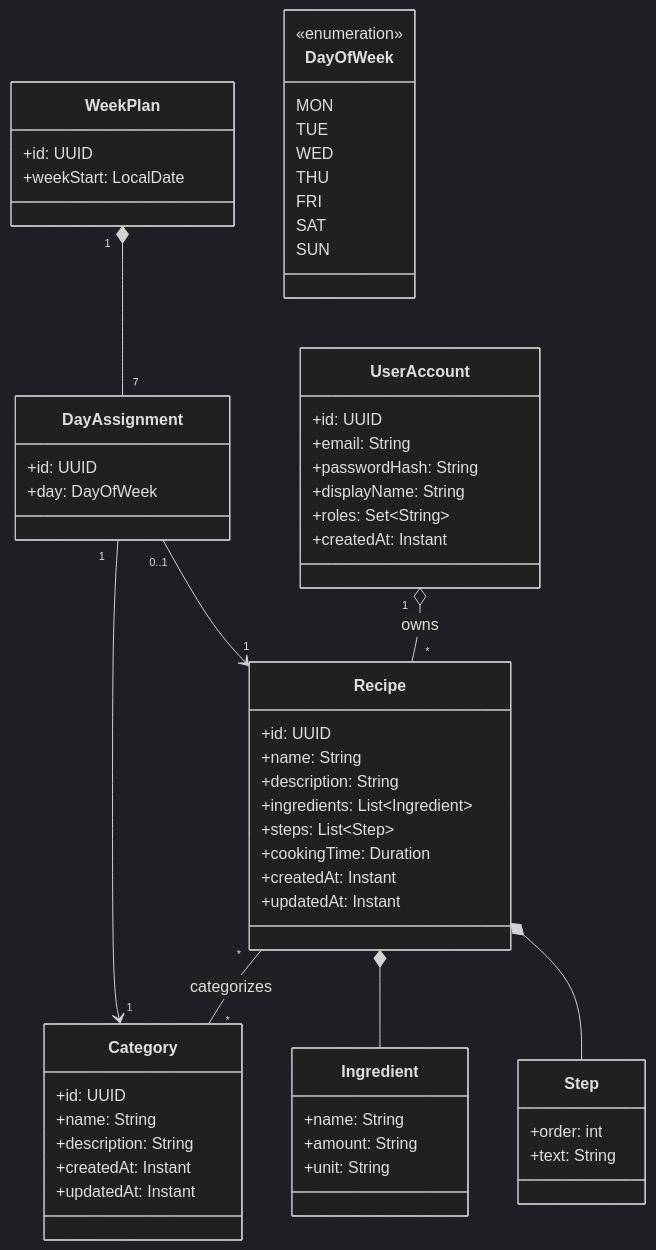
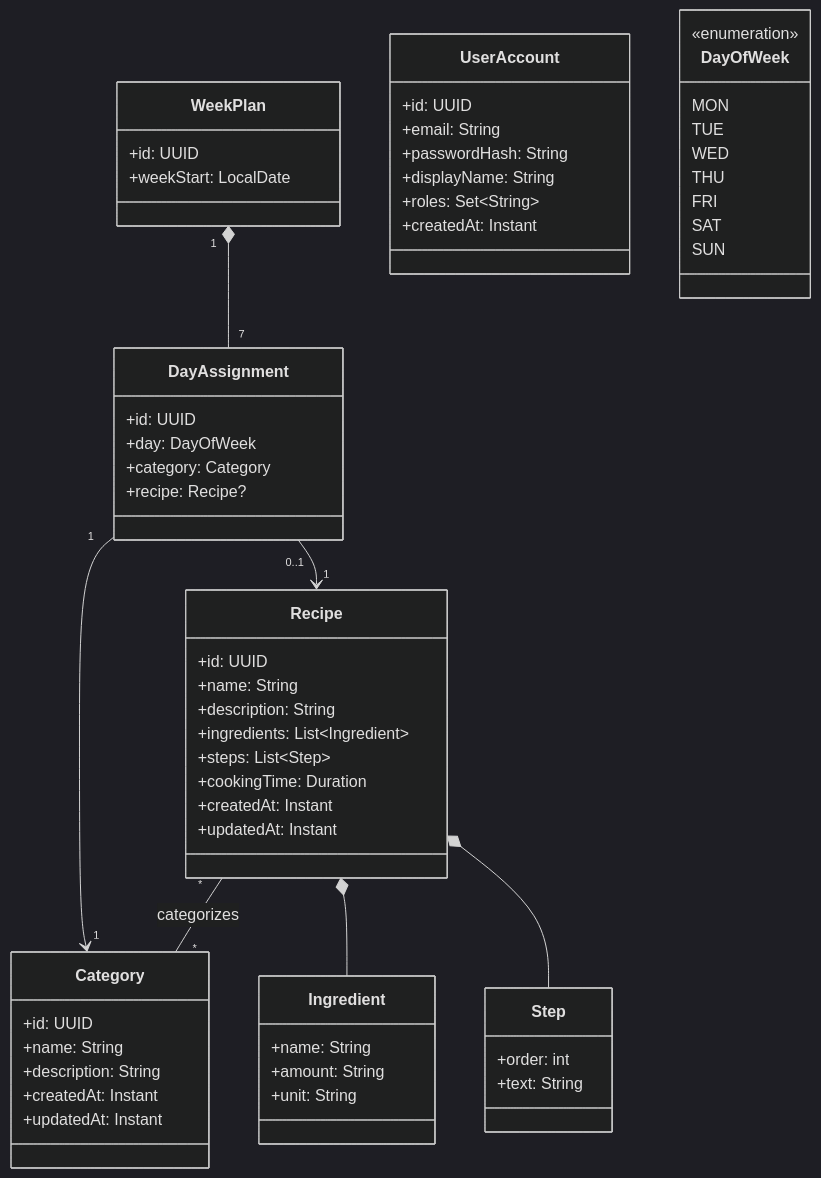
The diagram in Class-diagrams/backend-diagrams/Backend_Domain_Class_Diagram.md (Nom-Nom-Now/docs), drawn with Mermaid (dark theme) before and after one commit. The commit also changed 6 other files, not shown here.

Commit message:
docs(Class diagrams): consolidate Category/Recipe write DTOs, align week-plan signatures and optional recipe links, drop unused user→recipe relation and sync backend/frontend diagrams

````diff
--- a/Class-diagrams/backend-diagrams/Backend_Domain_Class_Diagram.md
+++ b/Class-diagrams/backend-diagrams/Backend_Domain_Class_Diagram.md
@@ -3,72 +3,73 @@
 ```mermaid
 classDiagram
 direction TB
 
 class Category {
   +id: UUID
   +name: String
   +description: String
   +createdAt: Instant
   +updatedAt: Instant
 }
 
 class Ingredient {
   +name: String
   +amount: String
   +unit: String
 }
 
 class Step {
   +order: int
   +text: String
 }
 
 class Recipe {
   +id: UUID
   +name: String
   +description: String
   +ingredients: List~Ingredient~
   +steps: List~Step~
   +cookingTime: Duration
   +createdAt: Instant
   +updatedAt: Instant
 }
 
 class WeekPlan {
   +id: UUID
   +weekStart: LocalDate
 }
 
 class DayAssignment {
   +id: UUID
   +day: DayOfWeek
+  +category: Category
+  +recipe: Recipe?
 }
 
 class UserAccount {
   +id: UUID
   +email: String
   +passwordHash: String
   +displayName: String
   +roles: Set~String~
   +createdAt: Instant
 }
 
 class DayOfWeek {
   <<enumeration>>
   MON
   TUE
   WED
   THU
   FRI
   SAT
   SUN
 }
 
 Recipe "*" -- "*" Category : categorizes
 Recipe *-- Ingredient
 Recipe *-- Step
 WeekPlan "1" *-- "7" DayAssignment
 DayAssignment "1" --> "1" Category
 DayAssignment "0..1" --> "1" Recipe
-UserAccount "1" o-- "*" Recipe : owns
 ```
````
